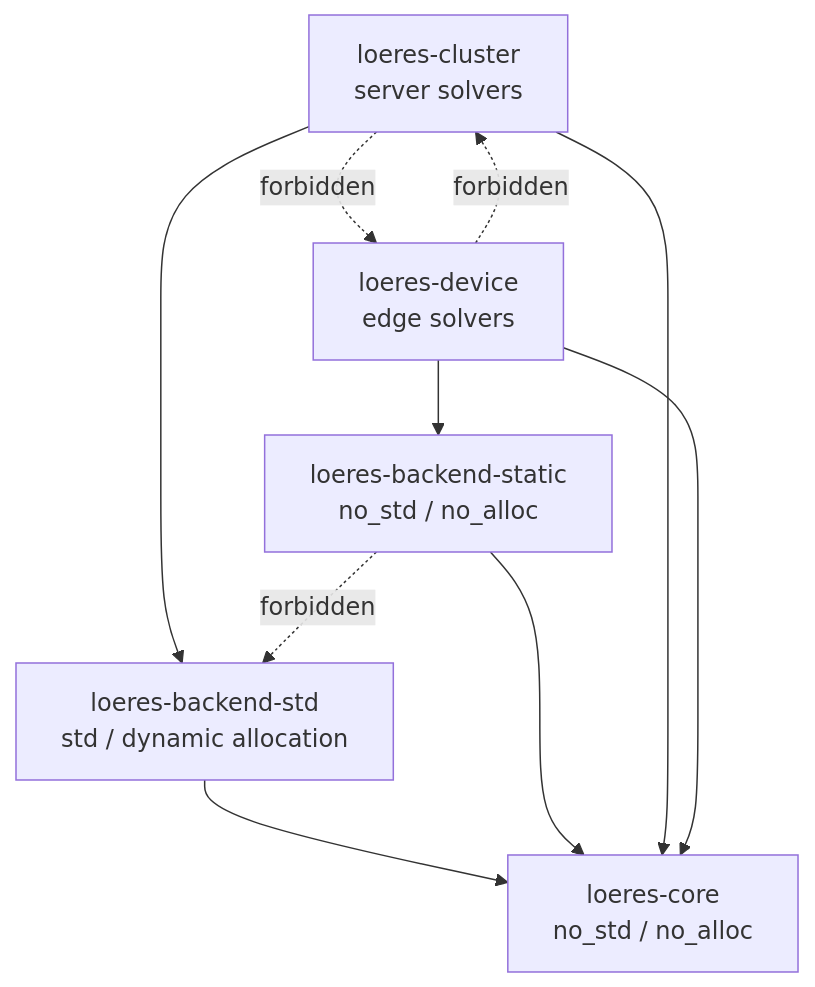
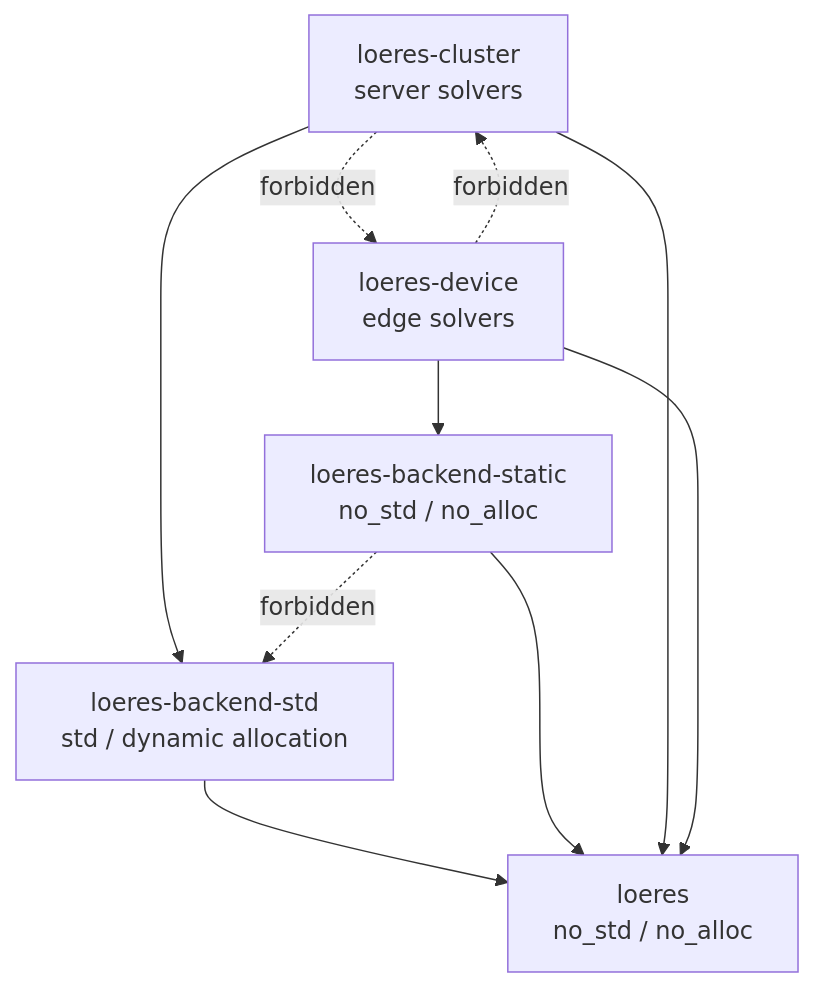
One commit to nabbisen/loeres changed the diagram in docs/specs/loeres-requirements-v1.md. Above: the diagram before and after it, drawn with Mermaid. The commit also changed other lines of this file and 7 other files, not shown here.

````diff
--- a/docs/specs/loeres-requirements-v1.md
+++ b/docs/specs/loeres-requirements-v1.md
@@ -271,21 +274,21 @@
 ```mermaid
 graph TD
-    Core[loeres-core\nno_std / no_alloc]
+    Core[loeres\nno_std / no_alloc]
 
     BackendStd[loeres-backend-std\nstd / dynamic allocation]
     BackendStatic[loeres-backend-static\nno_std / no_alloc]
 
     Cluster[loeres-cluster\nserver solvers]
     Device[loeres-device\nedge solvers]
 
     BackendStd --> Core
     BackendStatic --> Core
     Cluster --> BackendStd
     Cluster --> Core
     Device --> BackendStatic
     Device --> Core
 
     Cluster -. forbidden .-> Device
     Device -. forbidden .-> Cluster
     BackendStatic -. forbidden .-> BackendStd
 ```
````
